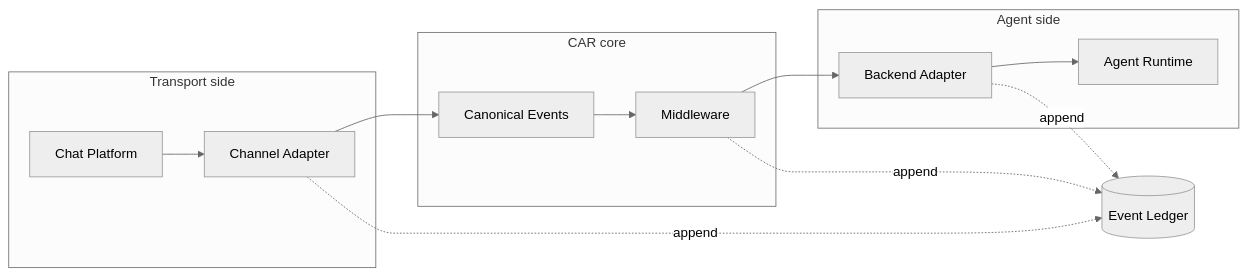
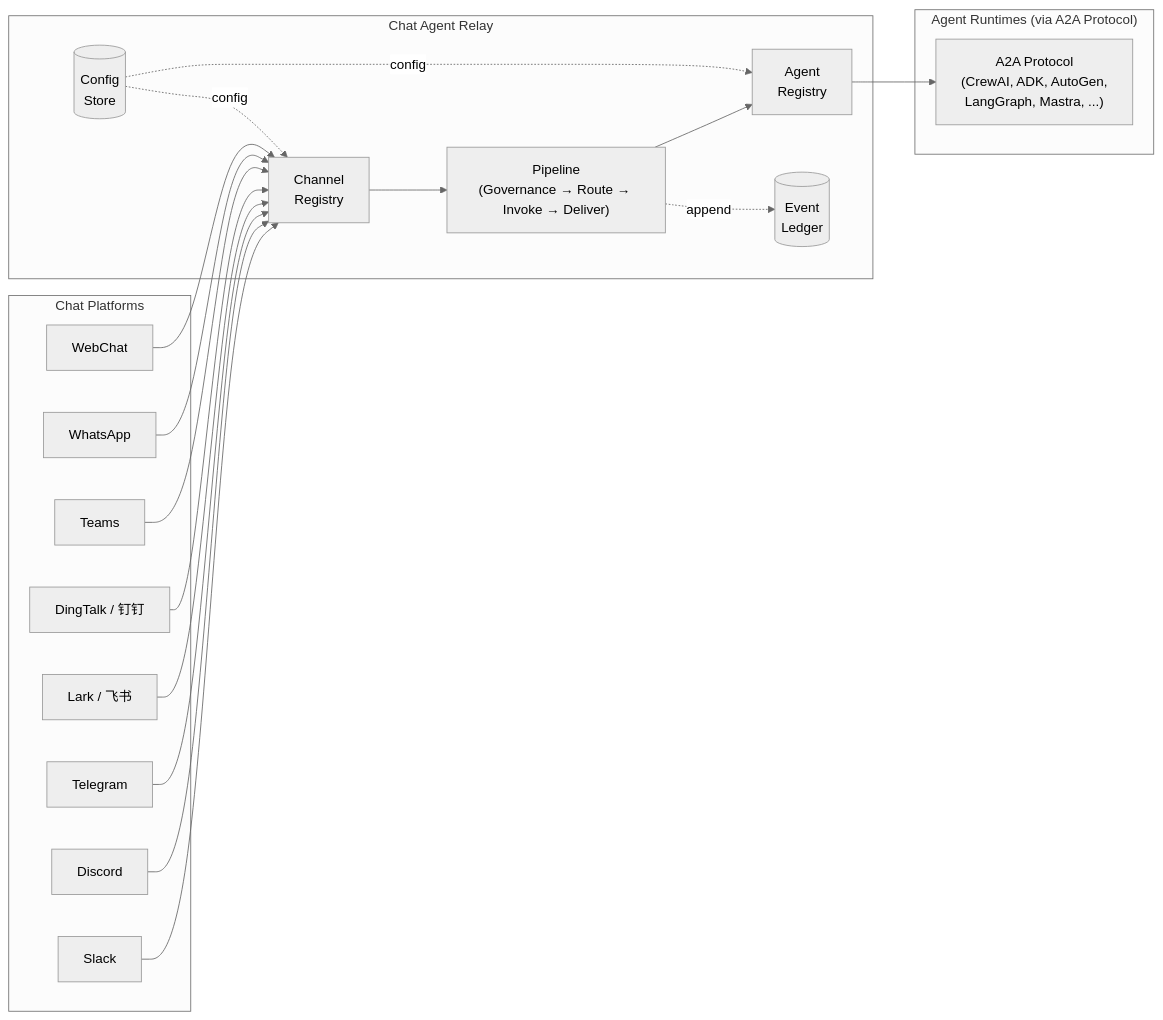
Before and after one commit to ChatAgentRelay/ChatAgentRelay: the first of 12 diagrams in docs/architecture.md, drawn with Mermaid (neutral theme). The commit also changed other lines of this file and 77 other files, not shown here.

First line of the commit message:
feat: harden governance, tenancy, and runtime operations

````diff
--- a/docs/architecture.md
+++ b/docs/architecture.md
@@ -7,25 +32,32 @@
 ```mermaid
 flowchart LR
-  subgraph Transport["Transport side"]
-    Chat[Chat Platform]
-    CA[Channel Adapter]
+  subgraph Channels["Chat Platforms"]
+    S[Slack]
+    D[Discord]
+    T[Telegram]
+    L[Lark / 飞书]
+    DT[DingTalk / 钉钉]
+    TM[Teams]
+    WA[WhatsApp]
+    W[WebChat]
   end
-  subgraph Core["CAR core"]
-    Canon[Canonical Events]
-    MW[Middleware]
+
+  subgraph CAR["Chat Agent Relay"]
+    CR["Channel\nRegistry"]
+    PP["Pipeline\n(Governance → Route → Invoke → Deliver)"]
+    AR["Agent\nRegistry"]
+    EL[("Event\nLedger")]
+    CS[("Config\nStore")]
   end
-  subgraph Agent["Agent side"]
-    BA[Backend Adapter]
-    AR[Agent Runtime]
+
+  subgraph Agents["Agent Runtimes (via A2A Protocol)"]
+    A2A["A2A Protocol\n(CrewAI, ADK, AutoGen,\nLangGraph, Mastra, ...)"]
   end
-  EL[(Event Ledger)]
 
-  Chat --> CA
-  CA --> Canon
-  Canon --> MW
-  MW --> BA
-  BA --> AR
-  CA -.->|append| EL
-  MW -.->|append| EL
-  BA -.->|append| EL
+  S & D & T & L & DT & TM & WA & W --> CR
+  CR --> PP
+  PP --> AR
+  AR --> A2A
+  PP -.->|append| EL
+  CS -.->|config| CR & AR
 ```
````
